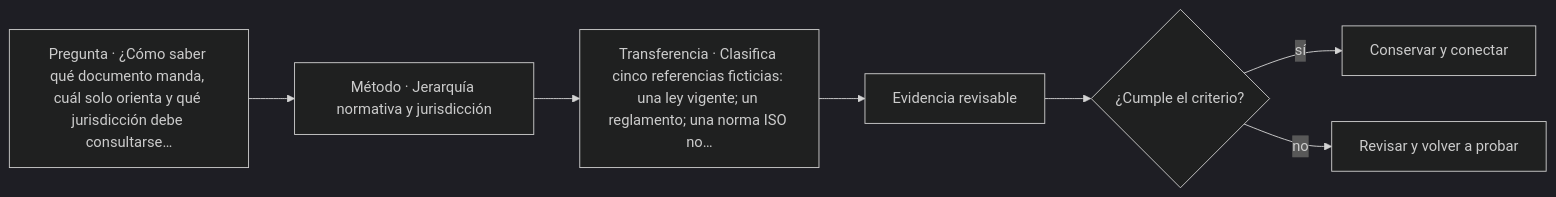
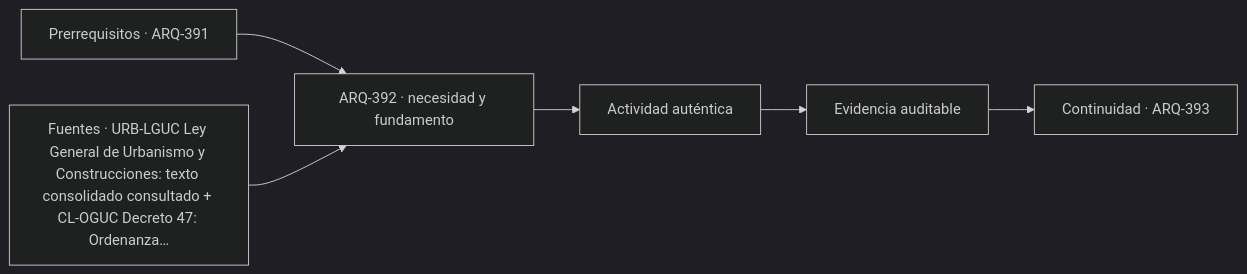
One commit to vladimiracunadev-create/architecture-built-environment-learning-program changed the diagram in classes/parte-40/ARQ-392.md. Above: the diagram before and after it, drawn with Mermaid (dark theme). The commit also changed other lines of this file and 761 other files, not shown here.

````diff
--- a/classes/parte-40/ARQ-392.md
+++ b/classes/parte-40/ARQ-392.md
@@ -91,9 +103,8 @@
 ```mermaid
 flowchart LR
-    Q["Pregunta · ¿Cómo saber qué documento manda, cuál solo orienta y qué jurisdicción debe consultarse…"] --> M["Método · Jerarquía normativa y jurisdicción"]
-    M --> P["Transferencia · Clasifica cinco referencias ficticias: una ley vigente; un reglamento; una norma ISO no…"]
-    P --> E["Evidencia revisable"]
-    E --> C{"¿Cumple el criterio?"}
-    C -->|sí| T["Conservar y conectar"]
-    C -->|no| R["Revisar y volver a probar"]
+    A["Prerrequisitos · ARQ-391"] --> B["ARQ-392 · necesidad y fundamento"]
+    S["Fuentes · URB-LGUC Ley General de Urbanismo y Construcciones: texto consolidado consultado + CL-OGUC Decreto 47: Ordenanza…"] --> B
+    B --> C["Actividad auténtica"]
+    C --> D["Evidencia auditable"]
+    D --> E["Continuidad · ARQ-393"]
 ```
````
